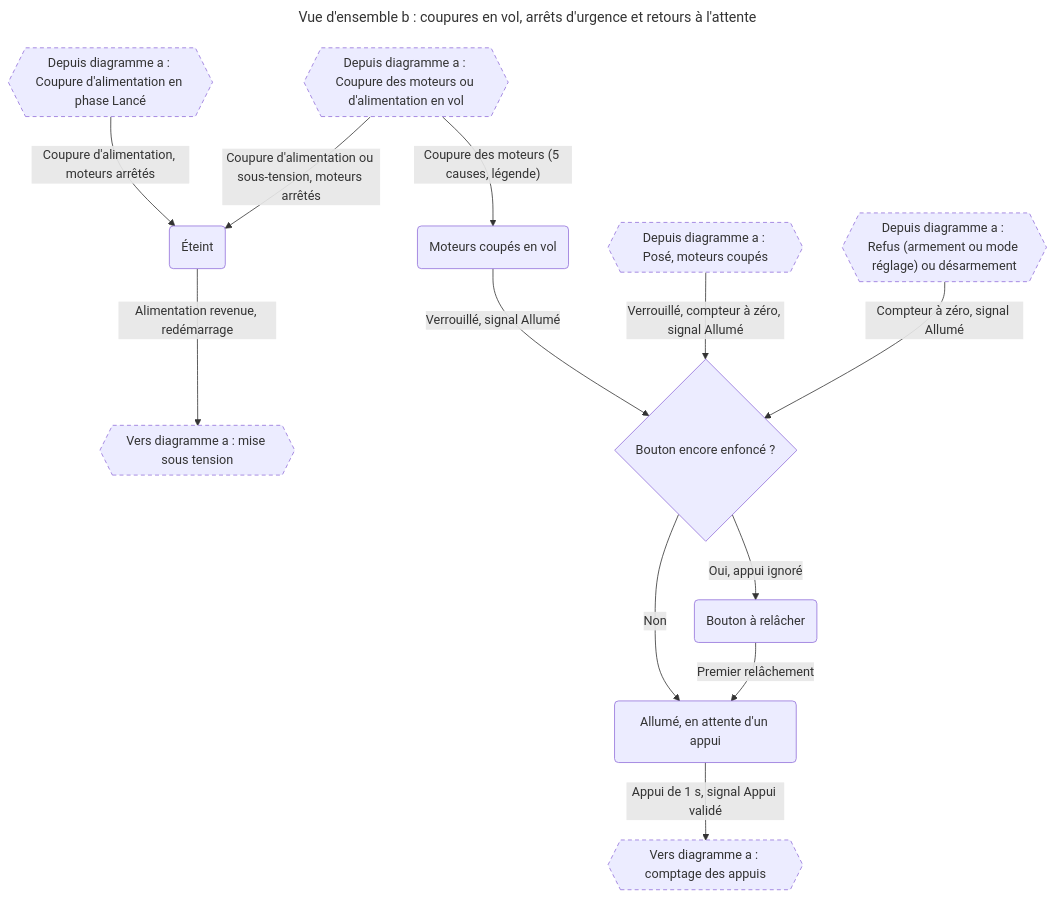
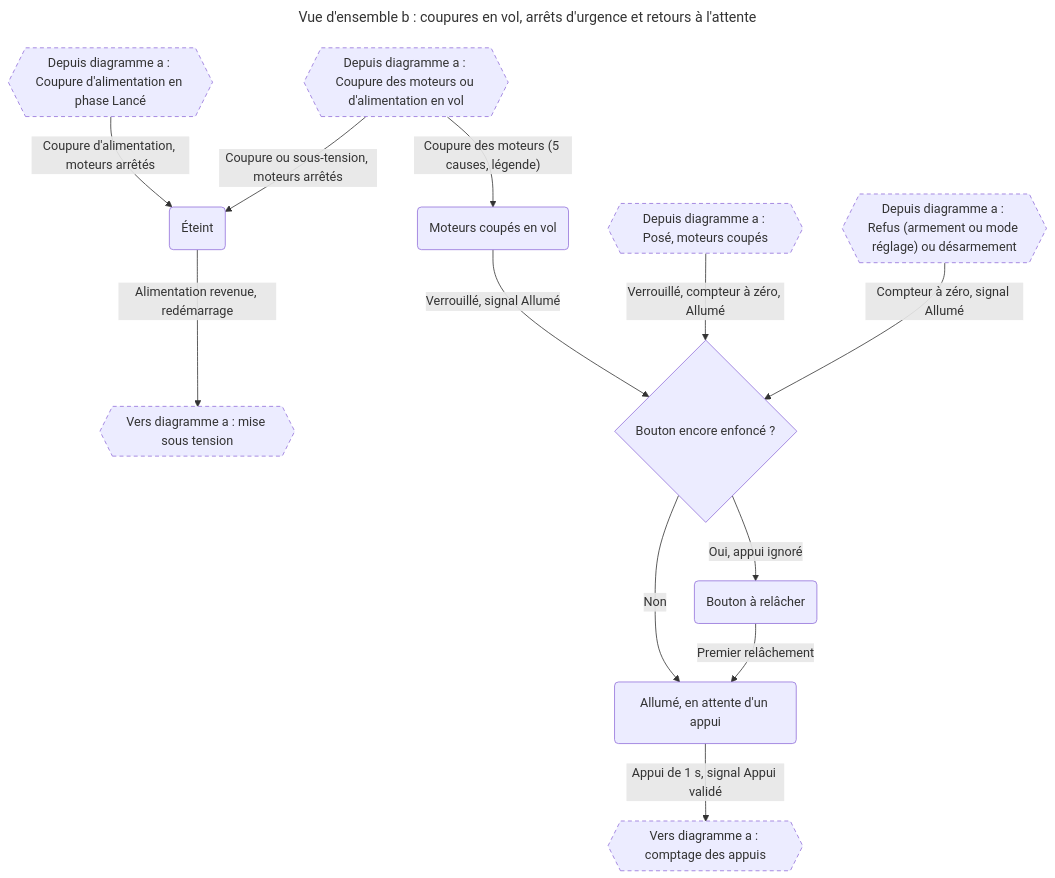
One commit to thourymatthieu-png/coworker_archi_system changed the third of 16 diagrams in projets/boomrone/00-scenarios.md. Above: the diagram before and after it, drawn with Mermaid. The commit also changed other lines of this file and 6 other files, not shown here.

Commit message:
Boomrone : DEC-133 à DEC-136 (sous-tension), doutes DOU-108 à DOU-114, corrections de forme de la 4e relecture, 20 doutes ouverts

````diff
--- a/projets/boomrone/00-scenarios.md
+++ b/projets/boomrone/00-scenarios.md
@@ -157,30 +164,30 @@
 ```mermaid
 ---
 title: "Vue d'ensemble b : coupures en vol, arrêts d'urgence et retours à l'attente"
 ---
 flowchart TD
     RAL{{"Depuis diagramme a : Coupure d'alimentation en phase Lancé"}}
     RAV{{"Depuis diagramme a : Coupure des moteurs ou d'alimentation en vol"}}
     RAP{{"Depuis diagramme a : Posé, moteurs coupés"}}
     RAR{{"Depuis diagramme a : Refus (armement ou mode réglage) ou désarmement"}}
     Coupe("Moteurs coupés en vol")
     Eteint("Éteint")
     VersA{{"Vers diagramme a : mise sous tension"}}
     Dec{"Bouton encore enfoncé ?"}
     Attente("Allumé, en attente d'un appui")
     ARel("Bouton à relâcher")
     VersA2{{"Vers diagramme a : comptage des appuis"}}
     RAL -->|"Coupure d'alimentation, moteurs arrêtés"| Eteint
     RAV -->|"Coupure des moteurs (5 causes, légende)"| Coupe
-    RAV -->|"Coupure d'alimentation ou sous-tension, moteurs arrêtés"| Eteint
+    RAV -->|"Coupure ou sous-tension, moteurs arrêtés"| Eteint
     Eteint -->|"Alimentation revenue, redémarrage"| VersA
     Coupe -->|"Verrouillé, signal Allumé"| Dec
-    RAP -->|"Verrouillé, compteur à zéro, signal Allumé"| Dec
+    RAP -->|"Verrouillé, compteur à zéro, Allumé"| Dec
     RAR -->|"Compteur à zéro, signal Allumé"| Dec
     Dec -->|"Non"| Attente
     Dec -->|"Oui, appui ignoré"| ARel
     ARel -->|"Premier relâchement"| Attente
     Attente -->|"Appui de 1 s, signal Appui validé"| VersA2
     classDef renvoi stroke-dasharray: 5 4
     class RAL,RAV,RAP,RAR,VersA,VersA2 renvoi
 ```
````
